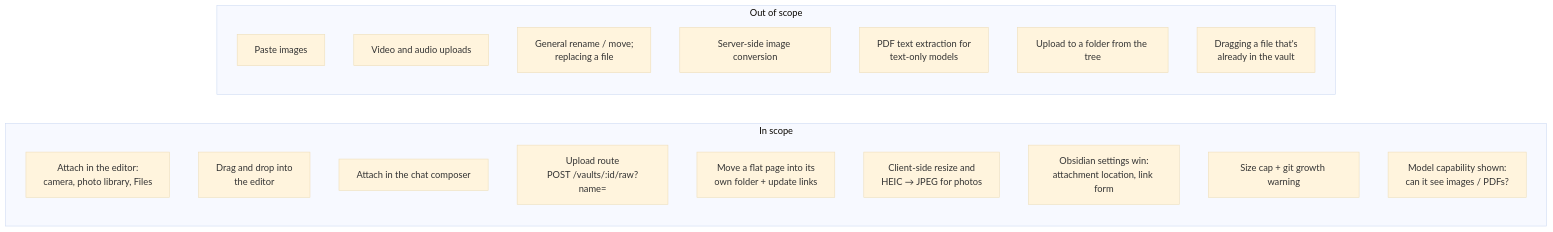
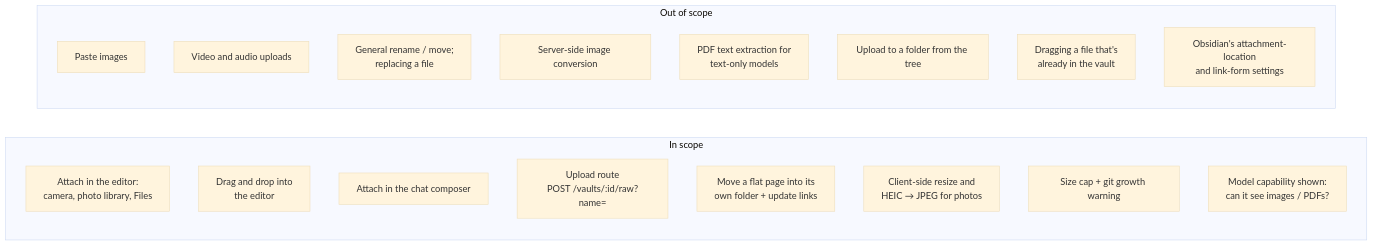
Before and after one commit to tillg/karpathy.app: the first of 2 diagrams in specs/changes/attachments/proposal.md, drawn with Mermaid (base theme). The commit also changed other lines of this file and 3 other files, not shown here.

````diff
--- a/specs/changes/attachments/proposal.md
+++ b/specs/changes/attachments/proposal.md
@@ -111,23 +103,23 @@
 ```mermaid
 flowchart LR
     subgraph In["In scope"]
       A1[Attach in the editor:<br/>camera, photo library, Files]
       A8[Drag and drop into<br/>the editor]
       A2[Attach in the chat composer]
       A3["Upload route<br/>POST /vaults/:id/raw?name="]
       A9[Move a flat page into its<br/>own folder + update links]
       A4[Client-side resize and<br/>HEIC → JPEG for photos]
-      A5[Obsidian settings win:<br/>attachment location, link form]
       A6[Size cap + git growth warning]
       A7[Model capability shown:<br/>can it see images / PDFs?]
     end
     subgraph Out["Out of scope"]
       X1[Paste images]
       X2[Video and audio uploads]
       X3[General rename / move;<br/>replacing a file]
       X4[Server-side image conversion]
       X5[PDF text extraction for<br/>text-only models]
       X6[Upload to a folder from the tree]
       X7[Dragging a file that's<br/>already in the vault]
+      X8[Obsidian's attachment-location<br/>and link-form settings]
     end
 ```
````
